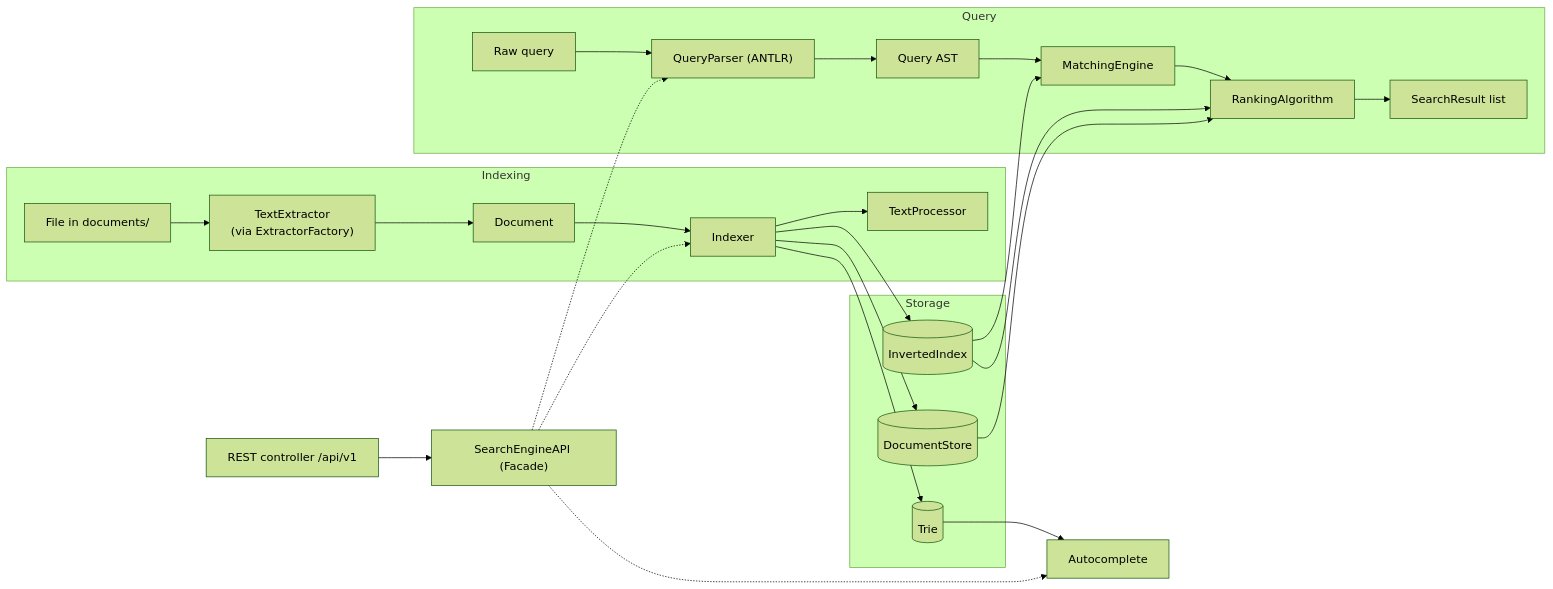
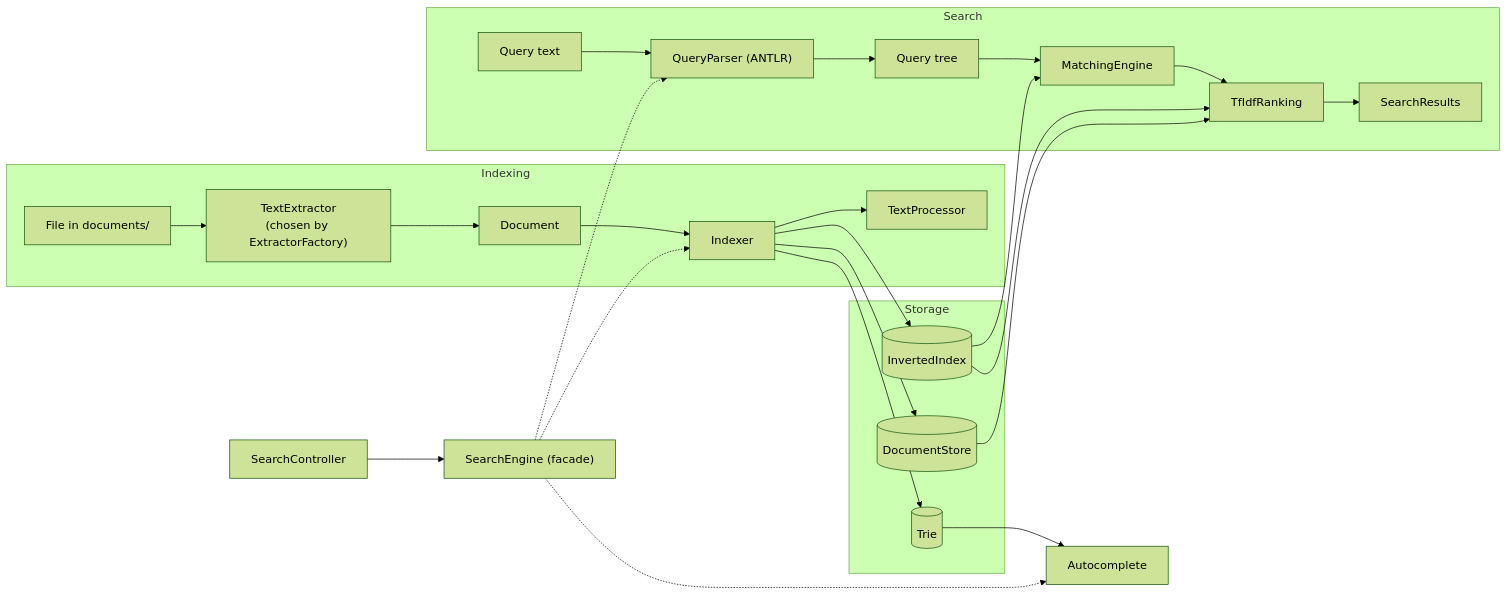
Before and after one commit to Princedave101/Search-Engine-Backend-: the diagram in README.md, drawn with Mermaid (forest theme). The commit also changed other lines of this file and 5 other files, not shown here.

````diff
--- a/README.md
+++ b/README.md
@@ -64,37 +144,37 @@
 ```mermaid
 flowchart LR
     subgraph Indexing
-        F["File in documents/"] --> X["TextExtractor<br/>(via ExtractorFactory)"]
+        F["File in documents/"] --> X["TextExtractor<br/>(chosen by ExtractorFactory)"]
         X --> D["Document"]
         D --> I["Indexer"]
-        I --> TP1["TextProcessor"]
+        I --> TP["TextProcessor"]
     end
 
     subgraph Storage
         IDX[("InvertedIndex")]
         DS[("DocumentStore")]
         TR[("Trie")]
     end
 
     I --> IDX
     I --> DS
     I --> TR
 
-    subgraph Query
-        Q["Raw query"] --> QP["QueryParser (ANTLR)"]
-        QP --> AST["Query AST"]
+    subgraph Search
+        Q["Query text"] --> QP["QueryParser (ANTLR)"]
+        QP --> AST["Query tree"]
         AST --> ME["MatchingEngine"]
-        ME --> RA["RankingAlgorithm"]
-        RA --> R["SearchResult list"]
+        ME --> RA["TfIdfRanking"]
+        RA --> R["SearchResults"]
     end
 
     IDX --> ME
     IDX --> RA
     DS --> RA
     TR --> AC["Autocomplete"]
 
-    API["SearchEngineAPI (Facade)"] -.-> I
+    REST["SearchController"] --> API["SearchEngine (facade)"]
+    API -.-> I
     API -.-> QP
     API -.-> AC
-    REST["REST controller /api/v1"] --> API
 ```
````
